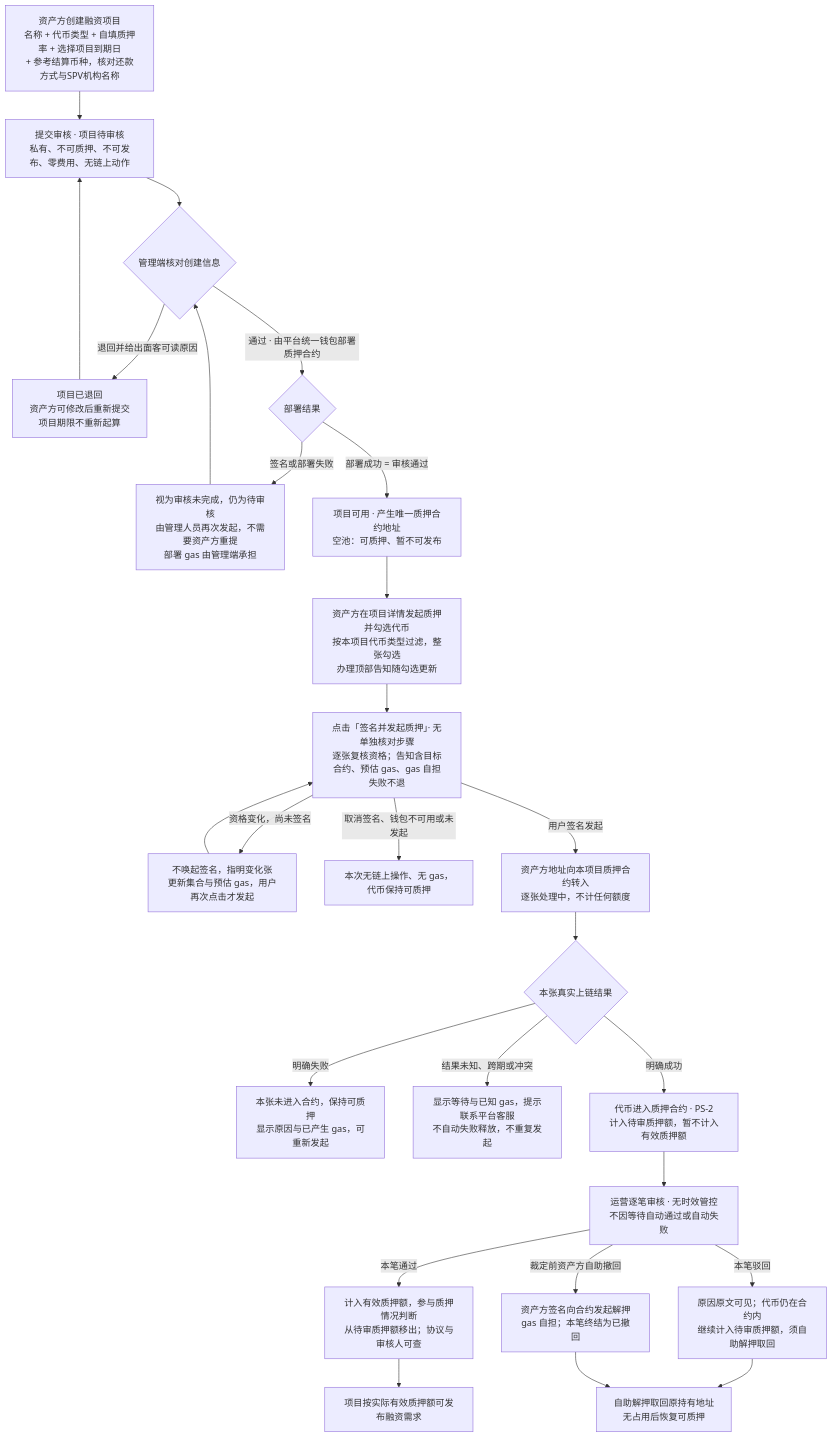
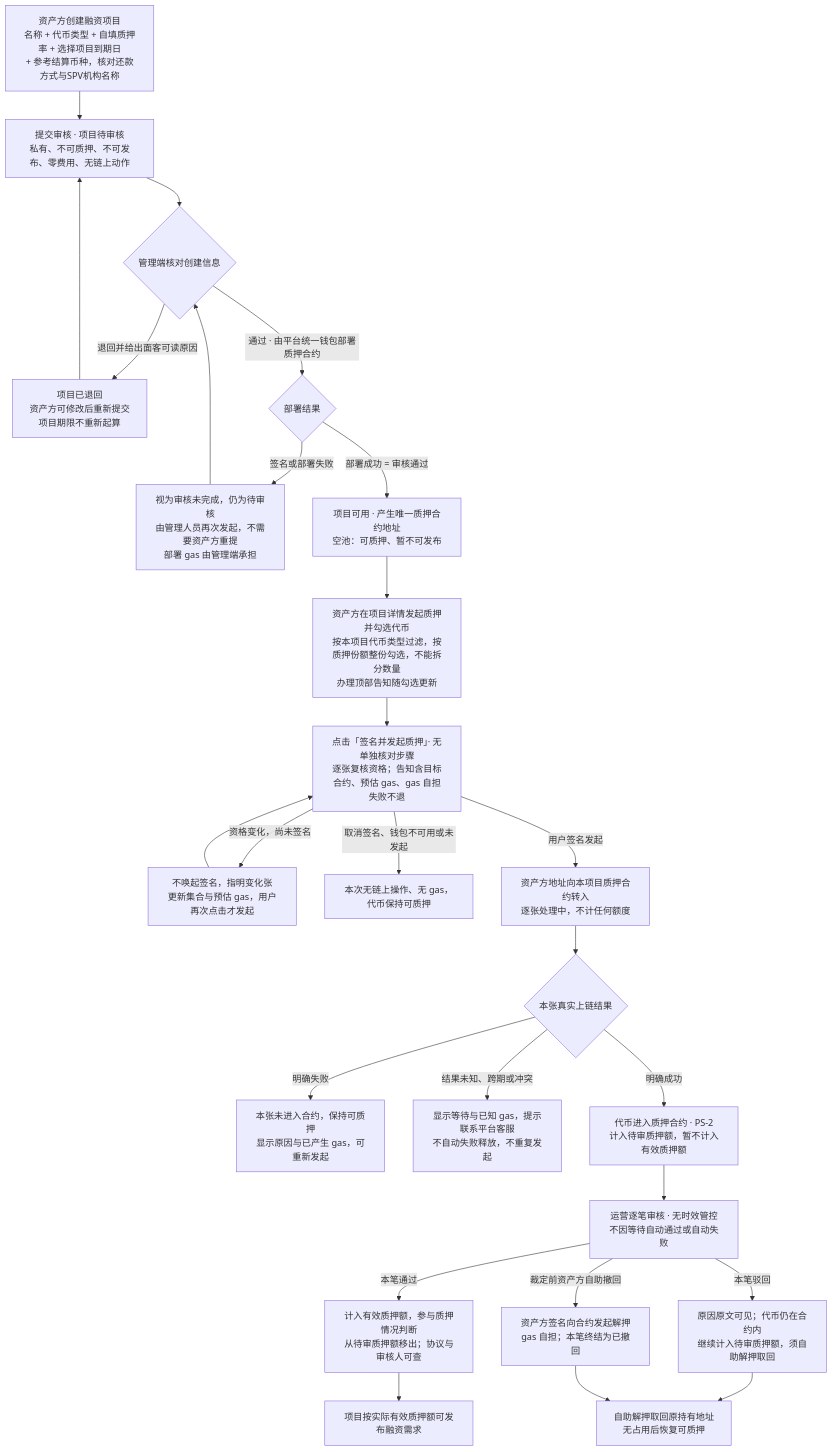
Before and after one commit to wxblockchain/Chain-Financing: the first of 10 diagrams in lending-platform/PRD/面客端/05-借贷广场-融资需求与代币质押/02-融资需求与代币质押-流程图与状态机.md, drawn with Mermaid. The commit also changed 5 other files, not shown here.

````diff
--- a/lending-platform/PRD/面客端/05-借贷广场-融资需求与代币质押/02-融资需求与代币质押-流程图与状态机.md
+++ b/lending-platform/PRD/面客端/05-借贷广场-融资需求与代币质押/02-融资需求与代币质押-流程图与状态机.md
@@ -25,28 +25,28 @@
 ```mermaid
 flowchart TD
   A0["资产方创建融资项目<br/>名称 + 代币类型 + 自填质押率 + 选择项目到期日<br/>+ 参考结算币种，核对还款方式与SPV机构名称"] --> A1["提交审核 · 项目待审核<br/>私有、不可质押、不可发布、零费用、无链上动作"]
   A1 --> A2{"管理端核对创建信息"}
   A2 -- "退回并给出面客可读原因" --> A3["项目已退回<br/>资产方可修改后重新提交<br/>项目期限不重新起算"]
   A3 --> A1
   A2 -- "通过 · 由平台统一钱包部署质押合约" --> A4{"部署结果"}
   A4 -- "签名或部署失败" --> A5["视为审核未完成，仍为待审核<br/>由管理人员再次发起，不需要资产方重提<br/>部署 gas 由管理端承担"]
   A5 --> A2
   A4 -- "部署成功 = 审核通过" --> A6["项目可用 · 产生唯一质押合约地址<br/>空池：可质押、暂不可发布"]
-  A6 --> A["资产方在项目详情发起质押并勾选代币<br/>按本项目代币类型过滤，整张勾选<br/>办理顶部告知随勾选更新"]
+  A6 --> A["资产方在项目详情发起质押并勾选代币<br/>按本项目代币类型过滤，按质押份额整份勾选，不能拆分数量<br/>办理顶部告知随勾选更新"]
   A --> H["点击「签名并发起质押」· 无单独核对步骤<br/>逐张复核资格；告知含目标合约、预估 gas、gas 自担失败不退"]
   H -- "资格变化，尚未签名" --> I["不唤起签名，指明变化张<br/>更新集合与预估 gas，用户再次点击才发起"]
   I --> H
   H -- "取消签名、钱包不可用或未发起" --> J["本次无链上操作、无 gas，代币保持可质押"]
   H -- "用户签名发起" --> K["资产方地址向本项目质押合约转入<br/>逐张处理中，不计任何额度"]
   K --> L{"本张真实上链结果"}
   L -- "明确失败" --> N["本张未进入合约，保持可质押<br/>显示原因与已产生 gas，可重新发起"]
   L -- "结果未知、跨期或冲突" --> O["显示等待与已知 gas，提示联系平台客服<br/>不自动失败释放，不重复发起"]
   L -- "明确成功" --> M["代币进入质押合约 · PS-2<br/>计入待审质押额，暂不计入有效质押额"]
   M --> C["运营逐笔审核 · 无时效管控<br/>不因等待自动通过或自动失败"]
   C -- "本笔通过" --> P["计入有效质押额，参与质押情况判断<br/>从待审质押额移出；协议与审核人可查"]
   C -- "本笔驳回" --> Q["原因原文可见；代币仍在合约内<br/>继续计入待审质押额，须自助解押取回"]
   C -- "裁定前资产方自助撤回" --> R["资产方签名向合约发起解押<br/>gas 自担；本笔终结为已撤回"]
   Q --> S["自助解押取回原持有地址<br/>无占用后恢复可质押"]
   R --> S
   P --> T["项目按实际有效质押额可发布融资需求"]
 ```
````
